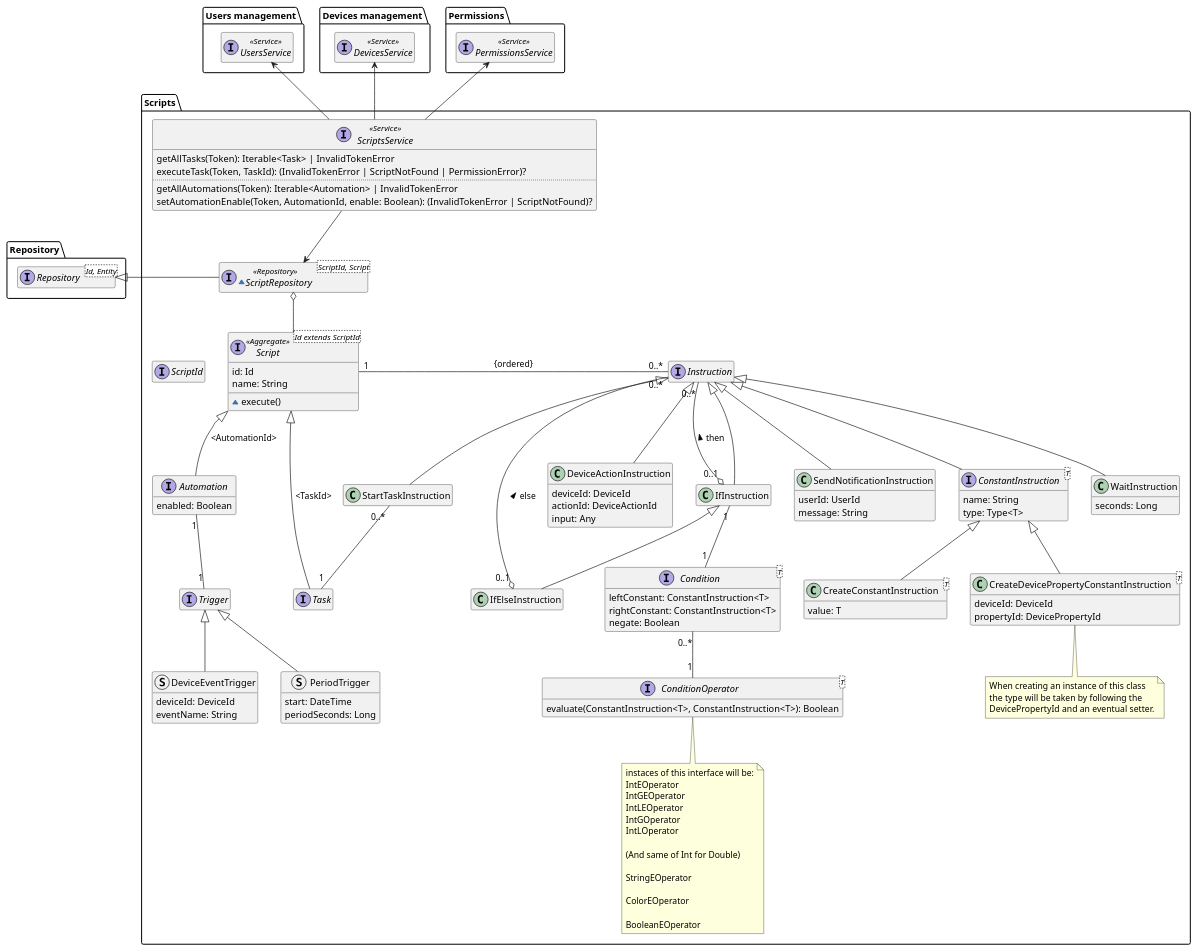
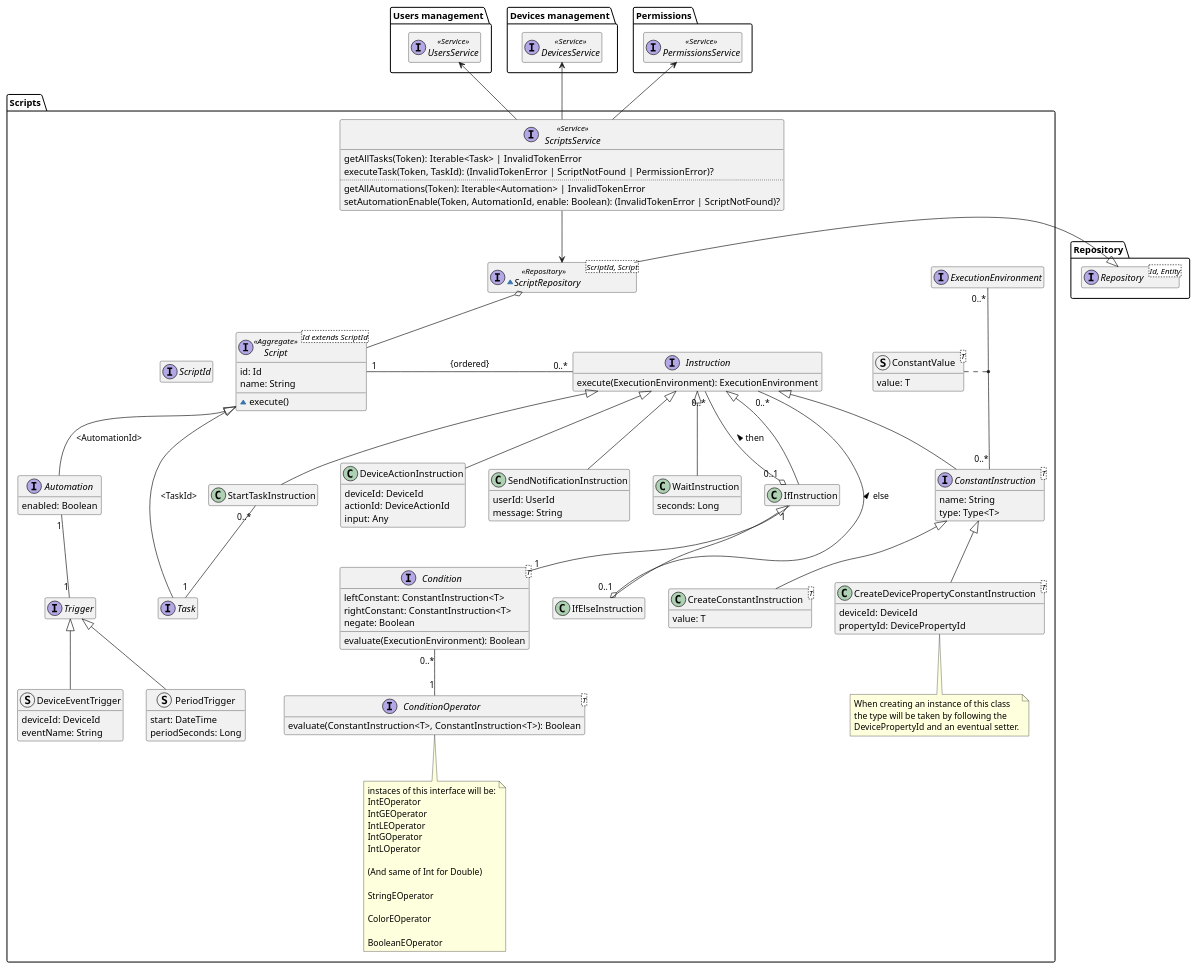
The diagram in diagrams/src/scripts-domain-model.puml (DomoticASW/.github), drawn with PlantUML before and after one commit. The commit also changed 1 other file, not shown here.

Commit message:
Add ExecutionEnvironment to scripts diagram

```diff
--- a/diagrams/src/scripts-domain-model.puml
+++ b/diagrams/src/scripts-domain-model.puml
@@ -1,146 +1,157 @@
 @startuml scripts-domain-model
 
 hide empty members
 package Repository{
     interface Repository<Id, Entity>
 }
 
 package "Users management" as UsersManagement {
     interface UsersService <<Service>>
 }
 
 package "Devices management" as DevicesManagement {
     interface DevicesService <<Service>>
 }
 
 package Permissions {
     interface PermissionsService <<Service>>
 }
 
 package "Scripts" {
 
     interface ScriptId
 
     interface Script<Id extends ScriptId> <<Aggregate>> {
         id: Id
         name: String
         ~execute()
     }
 
     interface Task
     interface Automation {
         enabled: Boolean
     }
 
     interface Trigger
 
     struct DeviceEventTrigger extends Trigger {
         deviceId: DeviceId
         eventName: String
     }
 
     struct PeriodTrigger extends Trigger {
         start: DateTime
         periodSeconds: Long
     }
 
     interface Instruction {
+        execute(ExecutionEnvironment): ExecutionEnvironment
     }
 
     class DeviceActionInstruction extends Instruction {
         deviceId: DeviceId
         actionId: DeviceActionId
         input: Any
     }
 
     class IfInstruction extends Instruction
 
     class IfElseInstruction extends IfInstruction
 
     class SendNotificationInstruction extends Instruction {
         userId: UserId
         message: String
     }
 
     class WaitInstruction extends Instruction {
         seconds: Long
     }
 
     class StartTaskInstruction extends Instruction
 
     interface ConstantInstruction<T> extends Instruction {
         name: String
         type: Type<T>
     }
 
     class CreateDevicePropertyConstantInstruction<T> extends ConstantInstruction {
         deviceId: DeviceId
         propertyId: DevicePropertyId
     }
     note bottom of CreateDevicePropertyConstantInstruction
         When creating an instance of this class
         the type will be taken by following the
         DevicePropertyId and an eventual setter.
     end note
 
     class CreateConstantInstruction<T> extends ConstantInstruction {
         value: T
     }
 
     interface Condition<T> {
         leftConstant: ConstantInstruction<T>
         rightConstant: ConstantInstruction<T>
         negate: Boolean
+        evaluate(ExecutionEnvironment): Boolean
     }
 
     interface ConditionOperator<T> {
         evaluate(ConstantInstruction<T>, ConstantInstruction<T>): Boolean
     }
 
     note bottom of ConditionOperator
         instaces of this interface will be:
         IntEOperator
         IntGEOperator
         IntLEOperator
         IntGOperator
         IntLOperator
 
         (And same of Int for Double)
 
         StringEOperator
 
         ColorEOperator
 
         BooleanEOperator
     end note
+
+    interface ExecutionEnvironment
+
+    struct ConstantValue<T> {
+        value: T
+    }
+
+    ExecutionEnvironment "0..*" -- "0..*" ConstantInstruction
+    ConstantValue .. (ExecutionEnvironment, ConstantInstruction)
 
     ~interface ScriptRepository<ScriptId, Script> <<Repository>> {
     }
     ScriptRepository -l-|> Repository.Repository
     ScriptRepository o-- Script
 
     interface ScriptsService <<Service>> {
         getAllTasks(Token): Iterable<Task> | InvalidTokenError
         executeTask(Token, TaskId): (InvalidTokenError | ScriptNotFound | PermissionError)?
         ..
         getAllAutomations(Token): Iterable<Automation> | InvalidTokenError
         setAutomationEnable(Token, AutomationId, enable: Boolean): (InvalidTokenError | ScriptNotFound)?
     }
 
     Script -l[hidden] ScriptId
     Script <|-- Task : "<TaskId>"
     Script <|-- Automation : "<AutomationId>"
     Automation "1" -- "1" Trigger
     Script "1" -r- "0..*" Instruction : "{ordered}"
     IfInstruction "0..1" o-- "0..*" Instruction : "then >"
     IfInstruction "1" -- "1" Condition
     IfElseInstruction "0..1" o-- "0..*" Instruction : "else >"
     StartTaskInstruction "0..*" -- "1" Task
     Condition "0..*" -- "1" ConditionOperator
     ScriptsService --> ScriptRepository
     ScriptsService -u-> Permissions.PermissionsService
     ScriptsService -u-> DevicesManagement.DevicesService
     ScriptsService -u-> UsersManagement.UsersService
 }
 
 @enduml
```
